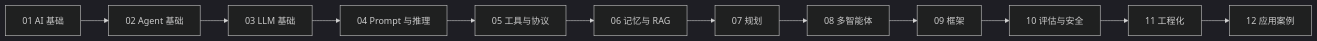
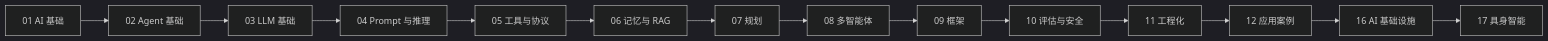
The diagram in docs/00-index/learning-path.md (funny8kids/ai-agent-handbook), drawn with Mermaid (dark theme) before and after one commit. The commit also changed other lines of this file and 39 other files, not shown here.

````diff
--- a/docs/00-index/learning-path.md
+++ b/docs/00-index/learning-path.md
@@ -20,14 +20,16 @@
 ```mermaid
 flowchart LR
   A[01 AI 基础] --> B[02 Agent 基础]
   B --> C[03 LLM 基础]
   C --> D[04 Prompt 与推理]
   D --> E[05 工具与协议]
   E --> F[06 记忆与 RAG]
   F --> G[07 规划]
   G --> H[08 多智能体]
   H --> I[09 框架]
   I --> J[10 评估与安全]
   J --> K[11 工程化]
   K --> L[12 应用案例]
+  L --> M[16 AI 基础设施]
+  M --> N[17 具身智能]
 ```
````
